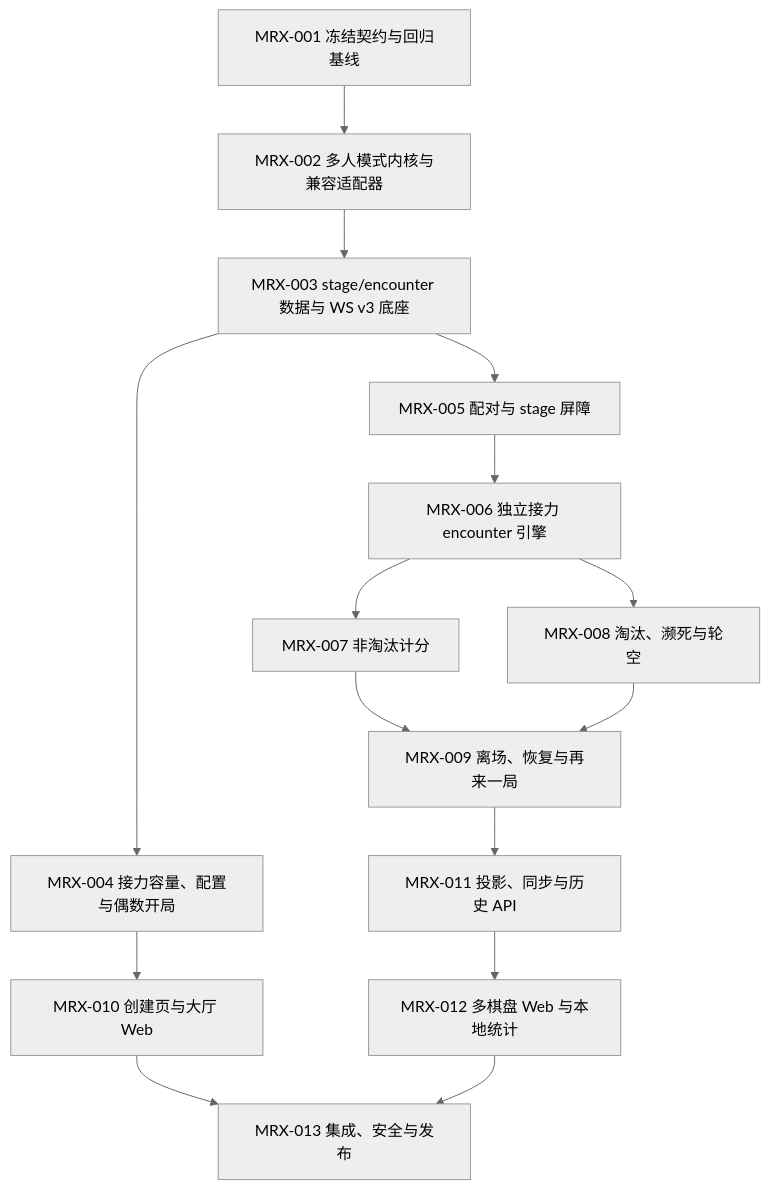
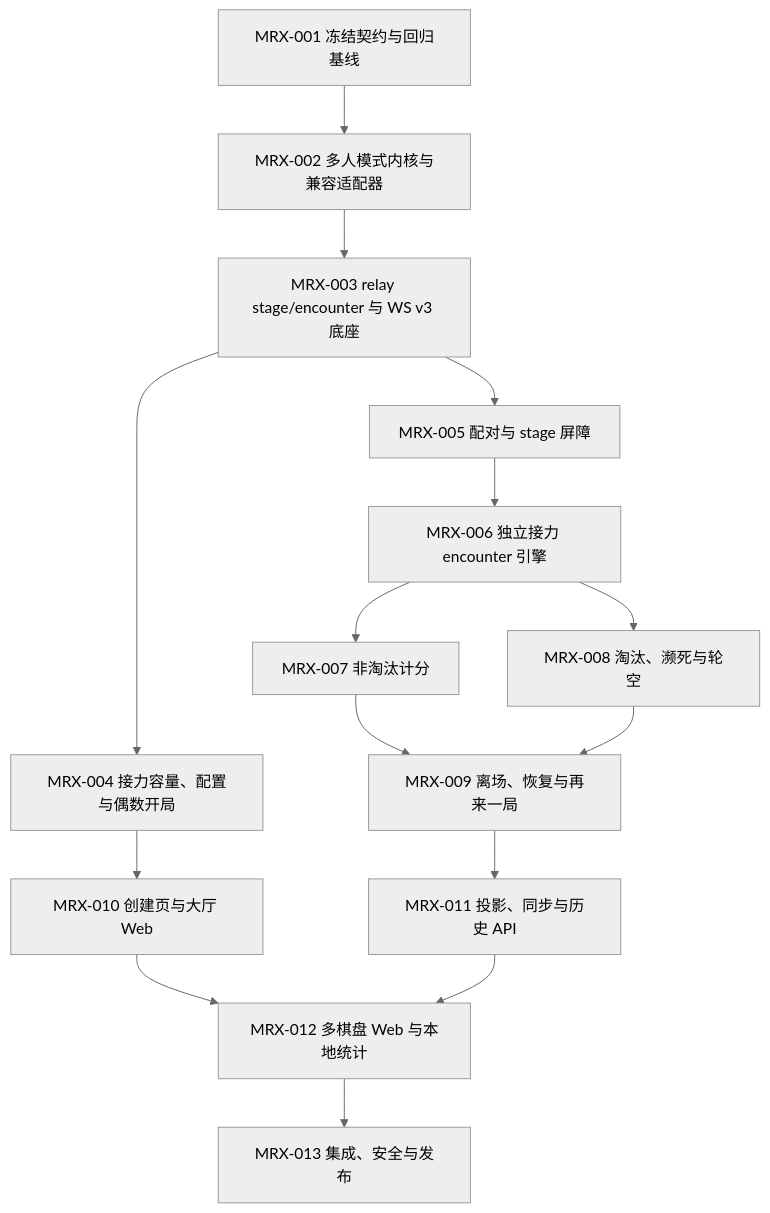
The second of 2 diagrams in docs/multiplayer-relay-expansion/README.md (jachinzhang1/TouhouFlandre), drawn with Mermaid (neutral theme) before and after one commit. The commit also changed other lines of this file and 17 other files, not shown here.

Commit message:
docs(multiplayer): modularize relay expansion architecture

````diff
--- a/docs/multiplayer-relay-expansion/README.md
+++ b/docs/multiplayer-relay-expansion/README.md
@@ -80,17 +85,17 @@
 ```mermaid
 flowchart TD
     I1["MRX-001 冻结契约与回归基线"] --> I2["MRX-002 多人模式内核与兼容适配器"]
-    I2 --> I3["MRX-003 stage/encounter 数据与 WS v3 底座"]
+    I2 --> I3["MRX-003 relay stage/encounter 与 WS v3 底座"]
     I3 --> I4["MRX-004 接力容量、配置与偶数开局"]
     I3 --> I5["MRX-005 配对与 stage 屏障"]
     I5 --> I6["MRX-006 独立接力 encounter 引擎"]
     I6 --> I7["MRX-007 非淘汰计分"]
     I6 --> I8["MRX-008 淘汰、濒死与轮空"]
     I7 --> I9["MRX-009 离场、恢复与再来一局"]
     I8 --> I9
     I4 --> I10["MRX-010 创建页与大厅 Web"]
     I9 --> I11["MRX-011 投影、同步与历史 API"]
+    I10 --> I12
     I11 --> I12["MRX-012 多棋盘 Web 与本地统计"]
-    I10 --> I13["MRX-013 集成、安全与发布"]
-    I12 --> I13
+    I12 --> I13["MRX-013 集成、安全与发布"]
 ```
````
